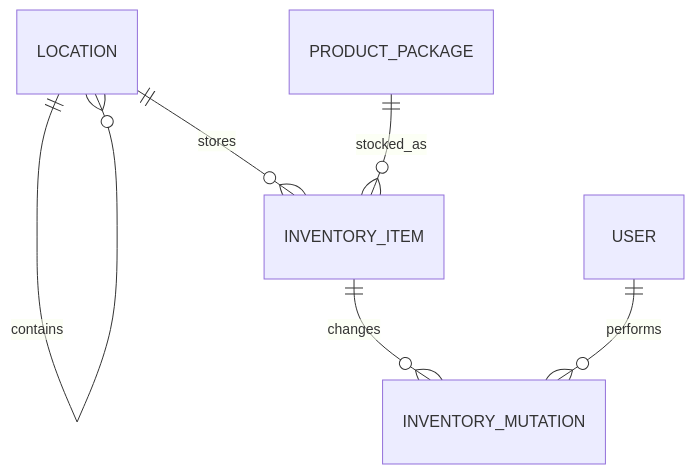
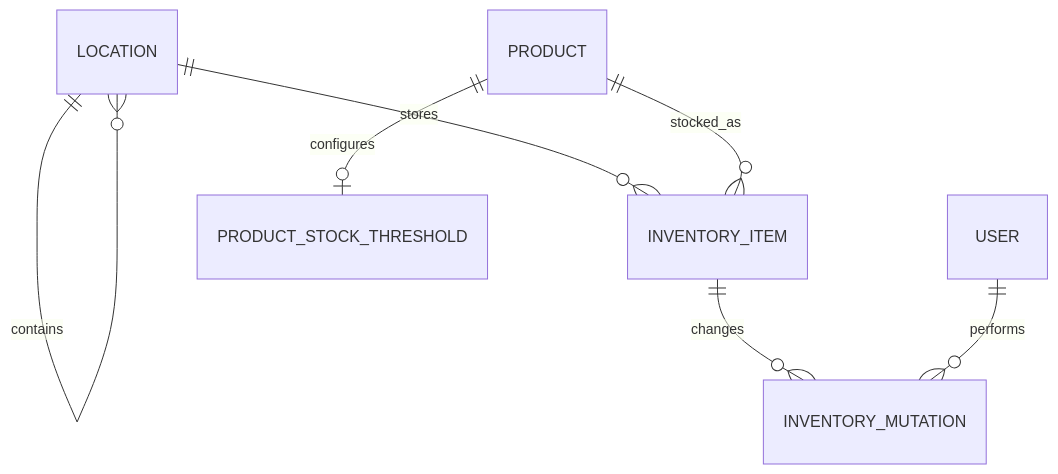
The diagram in docs/backend/ERD/STORAGE_ERD.md (jefvanzanten/product-repos), drawn with Mermaid before and after one commit. The commit also changed other lines of this file and 49 other files, not shown here.

````diff
--- a/docs/backend/ERD/STORAGE_ERD.md
+++ b/docs/backend/ERD/STORAGE_ERD.md
@@ -69,8 +62,9 @@
 ```mermaid
 erDiagram
     LOCATION ||--o{ LOCATION : contains
     LOCATION ||--o{ INVENTORY_ITEM : stores
-    PRODUCT_PACKAGE ||--o{ INVENTORY_ITEM : stocked_as
+    PRODUCT ||--o{ INVENTORY_ITEM : stocked_as
     INVENTORY_ITEM ||--o{ INVENTORY_MUTATION : changes
     USER ||--o{ INVENTORY_MUTATION : performs
+    PRODUCT ||--o| PRODUCT_STOCK_THRESHOLD : configures
 ```
````
